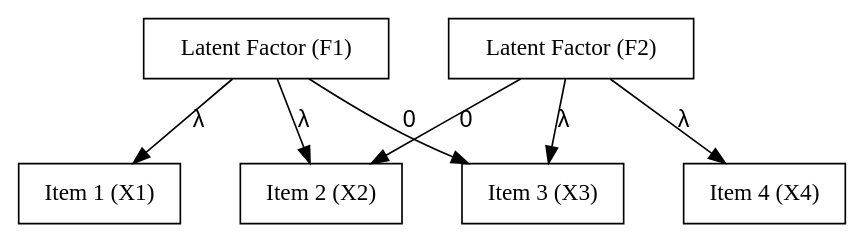
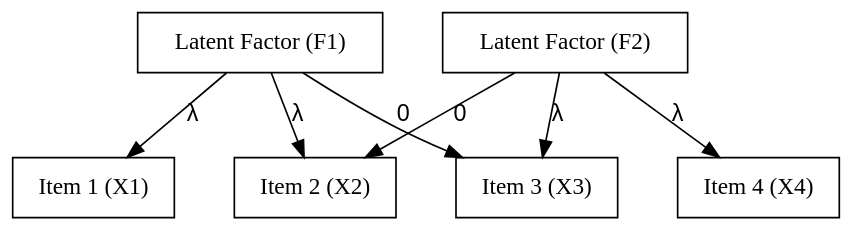
Before and after one commit to kevinli03/pspe: the diagram in latent/confirmatory.qmd, drawn with Graphviz. The commit also changed 29 other files, not shown here.

````diff
--- a/latent/confirmatory.qmd
+++ b/latent/confirmatory.qmd
@@ -22,24 +22,25 @@
 ```{dot}
 //| fig-width: 5
 //| fig-height: 1.4
 digraph example2 {
+  bgcolor="transparent";
   // Nodes
   F1 [shape=box, pos = "0,0!", label="Latent Factor (F1)"]
   F2 [shape=box, pos = "0,0!", label="Latent Factor (F2)"]
   X1 [shape=box, pos = "2,0!", label="Item 1 (X1)"]
   X2 [shape=box, pos = "1,-2!", label="Item 2 (X2)"]
   X3 [shape=box, pos="1,0!", label="Item 3 (X3)"]
   X4 [shape=box, pos="1,0!", label="Item 4 (X4)"]
 
   // Edges
   {F1 -> X1 [label=<<FONT FACE="Arial">&lambda;</FONT>>]}
   {F1 -> X2 [label=<<FONT FACE="Arial">&lambda;</FONT>>]}
   {F1 -> X3 [label=<<FONT FACE="Arial">0</FONT>>]}
   {F2 -> X2 [label=<<FONT FACE="Arial">0</FONT>>]}
   {F2 -> X3 [label=<<FONT FACE="Arial">&lambda;</FONT>>]}
   {F2 -> X4 [label=<<FONT FACE="Arial">&lambda;</FONT>>]}
   
   graph [nodesep=0.5, ranksep=0.5]
 
 }
 ```
````
